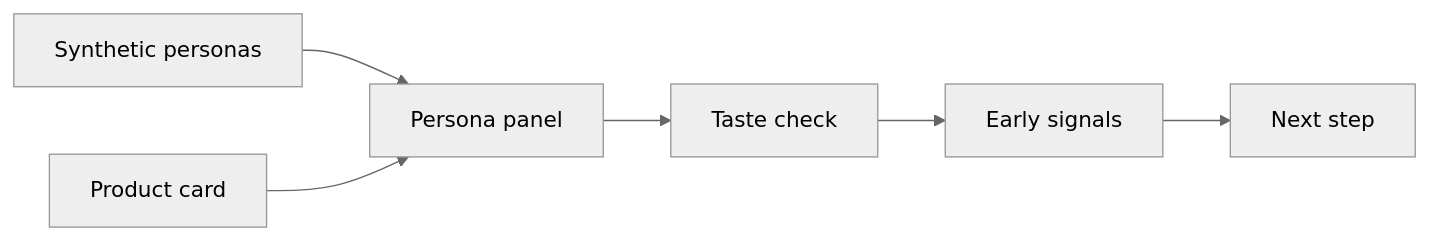
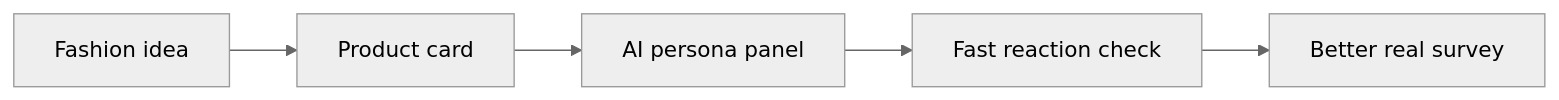
Before and after one commit to woooya129-ai/us-fashion-persona: the diagram in README-ENG.md, drawn with Mermaid (neutral theme). The commit also changed other lines of this file and 2 other files, not shown here.

````diff
--- a/README-ENG.md
+++ b/README-ENG.md
@@ -17,8 +19,7 @@
 ```mermaid
 flowchart LR
-  A["Synthetic personas"] --> C["Persona panel"]
-  B["Product card"] --> C
-  C --> D["Taste check"]
-  D --> E["Early signals"]
-  E --> F["Next step"]
+  A["Fashion idea"] --> B["Product card"]
+  B --> C["AI persona panel"]
+  C --> D["Fast reaction check"]
+  D --> E["Better real survey"]
 ```
````
